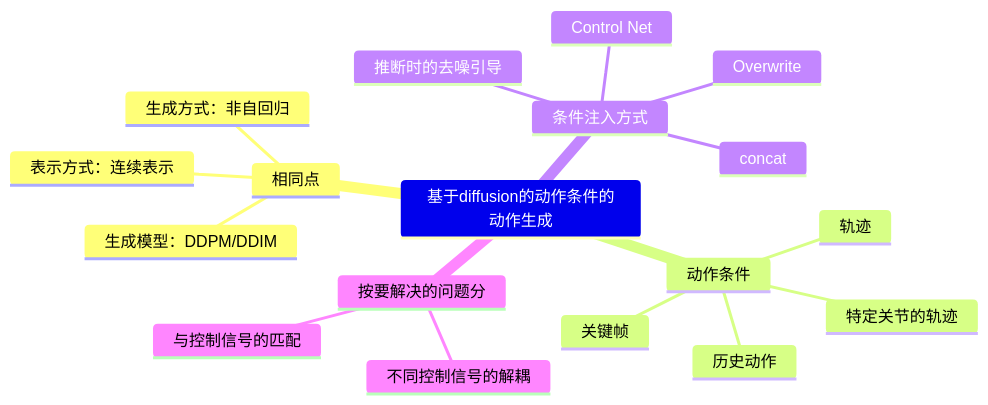
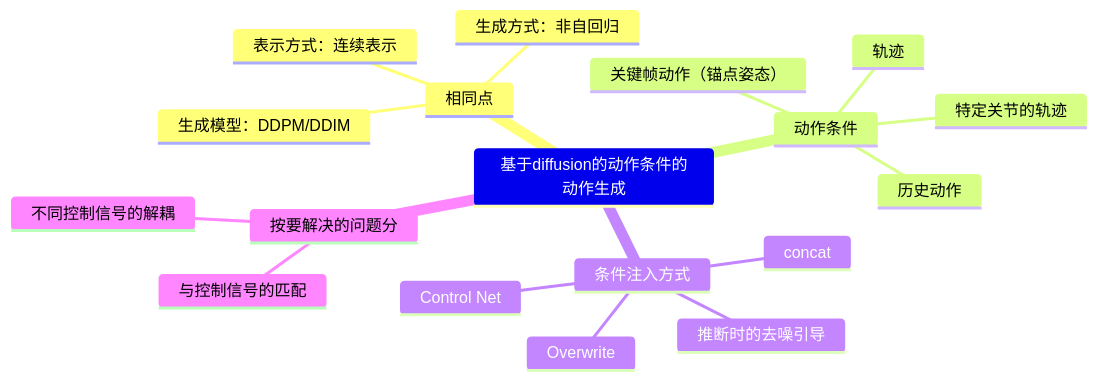
Before and after one commit to CaterpillarStudyGroup/ImportantArticles: the diagram in src/MeshAnimation/SkeletonProxy/MotionGeneration/MotionConditioned/DiffusionBased.md, drawn with Mermaid. The commit also changed other lines of this file and 4 other files, not shown here.

````diff
--- a/src/MeshAnimation/SkeletonProxy/MotionGeneration/MotionConditioned/DiffusionBased.md
+++ b/src/MeshAnimation/SkeletonProxy/MotionGeneration/MotionConditioned/DiffusionBased.md
@@ -1,21 +1,21 @@
 ```mermaid
 mindmap
 基于diffusion的动作条件的动作生成
     相同点
         生成方式：非自回归
         表示方式：连续表示
         生成模型：DDPM/DDIM
     动作条件
         轨迹
-        关键帧
+        关键帧动作（锚点姿态）
         特定关节的轨迹
         历史动作
     条件注入方式
         concat
         Control Net
         Overwrite
         推断时的去噪引导
     按要解决的问题分
         与控制信号的匹配
         不同控制信号的解耦
 ```
````
